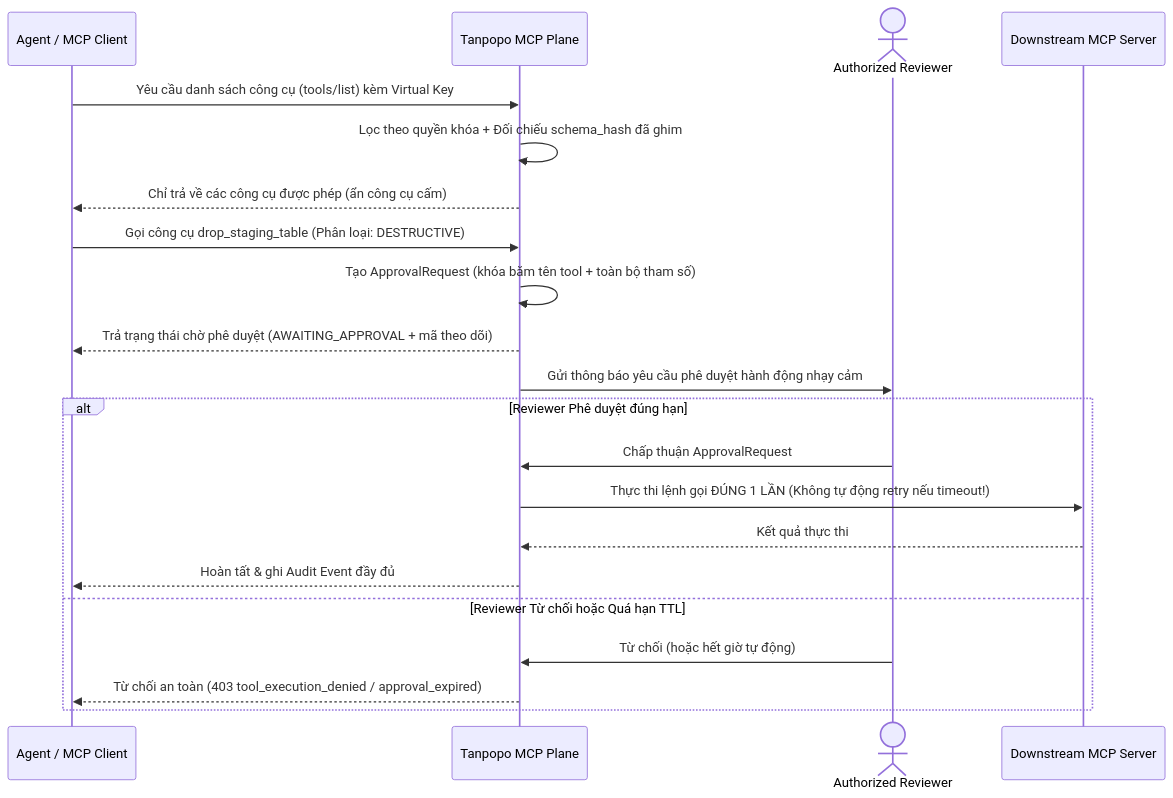
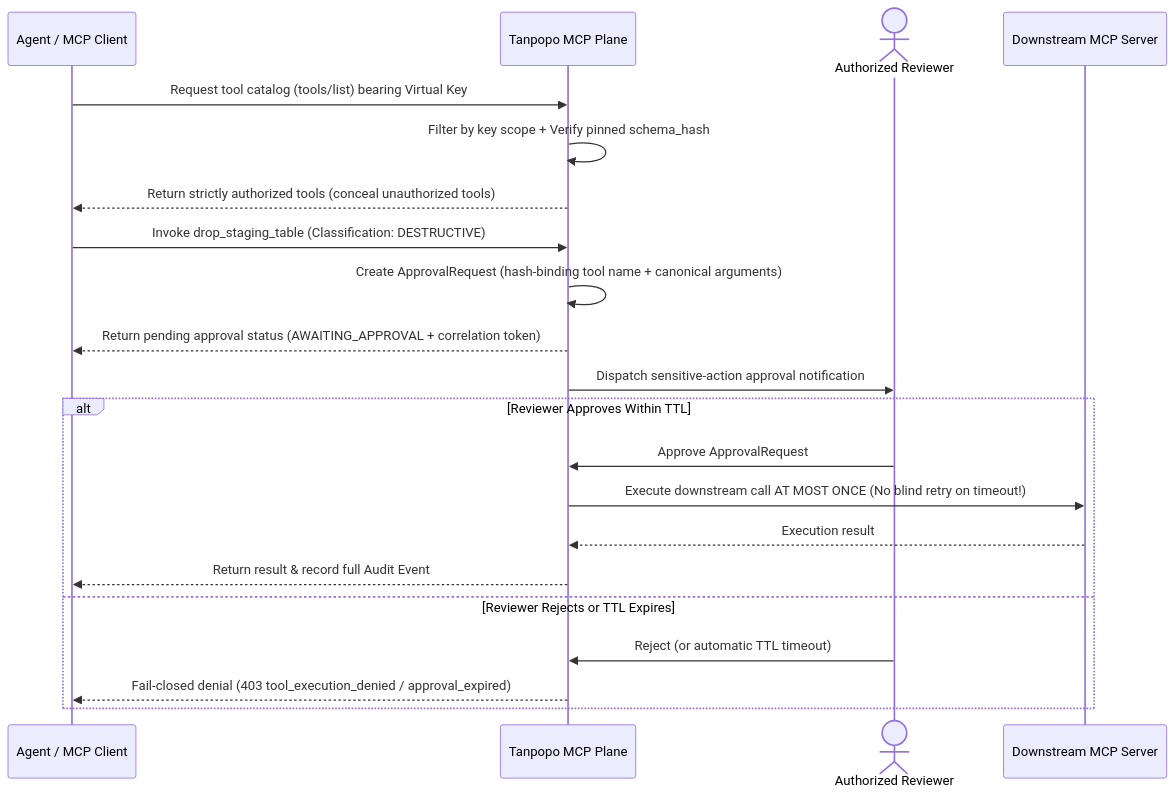
The fourth of 4 diagrams in docs/requirements/workflows.md (nguywnben/tanpopo), drawn with Mermaid before and after one commit. The commit also changed other lines of this file and 111 other files, not shown here.

Commit message:
docs: step 11 - standardize official repository documentation to English and create consolidated owner approval sheet

````diff
--- a/docs/requirements/workflows.md
+++ b/docs/requirements/workflows.md
@@ -178,24 +178,24 @@
 ```mermaid
 sequenceDiagram
     participant A as Agent / MCP Client
     participant M as Tanpopo MCP Plane
     actor R as Authorized Reviewer
     participant S as Downstream MCP Server
 
-    A->>M: Yêu cầu danh sách công cụ (tools/list) kèm Virtual Key
-    M->>M: Lọc theo quyền khóa + Đối chiếu schema_hash đã ghim
-    M-->>A: Chỉ trả về các công cụ được phép (ẩn công cụ cấm)
-    A->>M: Gọi công cụ drop_staging_table (Phân loại: DESTRUCTIVE)
-    M->>M: Tạo ApprovalRequest (khóa băm tên tool + toàn bộ tham số)
-    M-->>A: Trả trạng thái chờ phê duyệt (AWAITING_APPROVAL + mã theo dõi)
-    M->>R: Gửi thông báo yêu cầu phê duyệt hành động nhạy cảm
-    alt Reviewer Phê duyệt đúng hạn
-        R->>M: Chấp thuận ApprovalRequest
-        M->>S: Thực thi lệnh gọi ĐÚNG 1 LẦN (Không tự động retry nếu timeout!)
-        S-->>M: Kết quả thực thi
-        M-->>A: Hoàn tất & ghi Audit Event đầy đủ
-    else Reviewer Từ chối hoặc Quá hạn TTL
-        R->>M: Từ chối (hoặc hết giờ tự động)
-        M-->>A: Từ chối an toàn (403 tool_execution_denied / approval_expired)
+    A->>M: Request tool catalog (tools/list) bearing Virtual Key
+    M->>M: Filter by key scope + Verify pinned schema_hash
+    M-->>A: Return strictly authorized tools (conceal unauthorized tools)
+    A->>M: Invoke drop_staging_table (Classification: DESTRUCTIVE)
+    M->>M: Create ApprovalRequest (hash-binding tool name + canonical arguments)
+    M-->>A: Return pending approval status (AWAITING_APPROVAL + correlation token)
+    M->>R: Dispatch sensitive-action approval notification
+    alt Reviewer Approves Within TTL
+        R->>M: Approve ApprovalRequest
+        M->>S: Execute downstream call AT MOST ONCE (No blind retry on timeout!)
+        S-->>M: Execution result
+        M-->>A: Return result & record full Audit Event
+    else Reviewer Rejects or TTL Expires
+        R->>M: Reject (or automatic TTL timeout)
+        M-->>A: Fail-closed denial (403 tool_execution_denied / approval_expired)
     end
 ```
````
